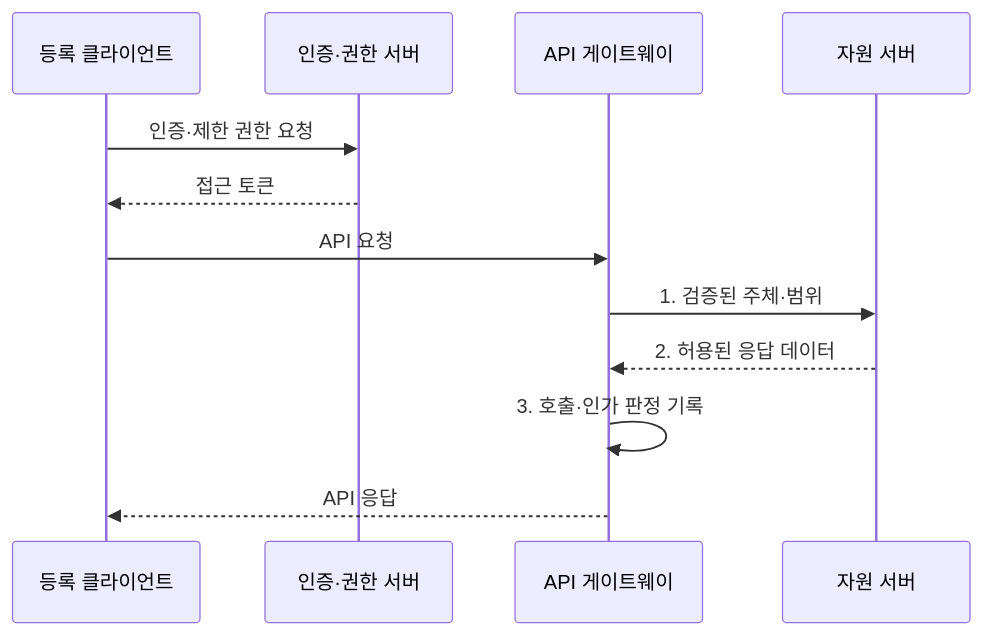
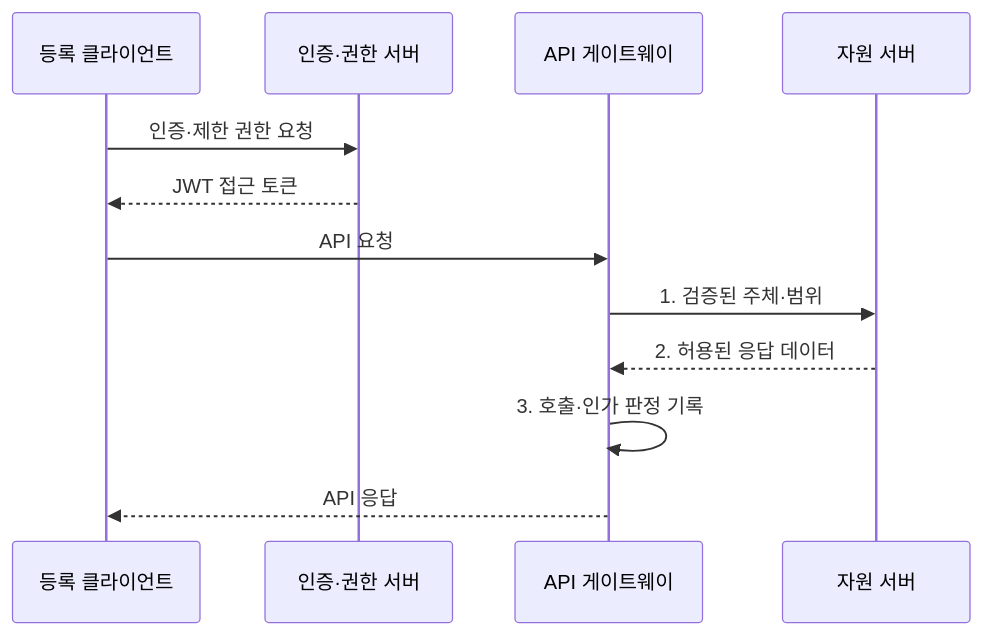
The second of 2 diagrams in src/content/docs/notes/05-security/053_secure_api_design.md (agnusdei1207/knowledge-base), drawn with Mermaid before and after one commit. The commit also changed other lines of this file and 5 other files, not shown here.

````diff
--- a/src/content/docs/notes/05-security/053_secure_api_design.md
+++ b/src/content/docs/notes/05-security/053_secure_api_design.md
@@ -95,14 +97,14 @@
 ```mermaid
 sequenceDiagram
     participant C as 등록 클라이언트
     participant A as 인증·권한 서버
     participant G as API 게이트웨이
     participant R as 자원 서버
     C->>A: 인증·제한 권한 요청
-    A-->>C: 접근 토큰
+    A-->>C: JWT 접근 토큰
     C->>G: API 요청
     G->>R: 1. 검증된 주체·범위
     R-->>G: 2. 허용된 응답 데이터
     G->>G: 3. 호출·인가 판정 기록
     G-->>C: API 응답
 ```
````
